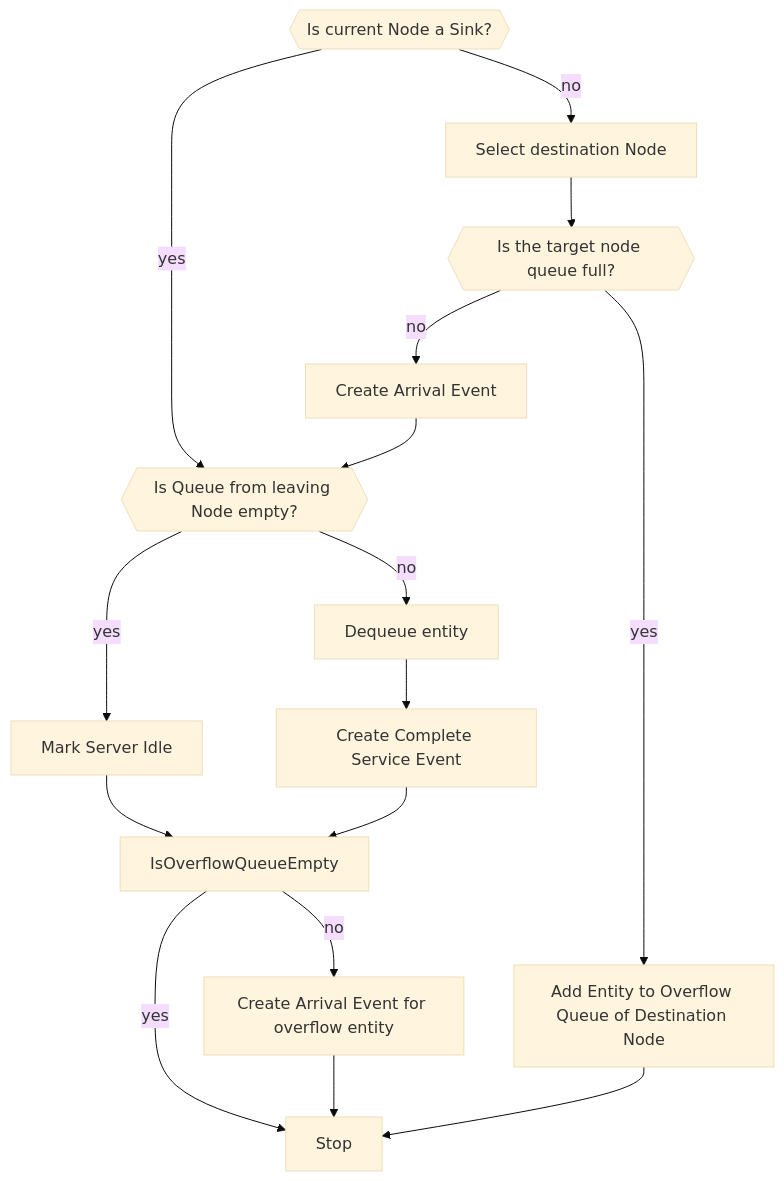
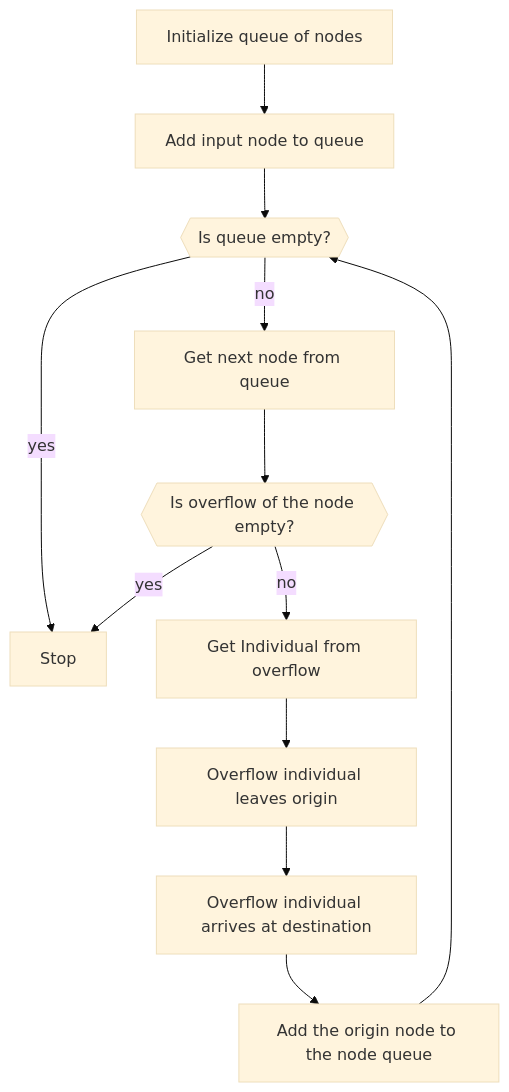
The eighth of 8 diagrams in README.md (jasdefer/QueueSharp), drawn with Mermaid (base theme) before and after one commit. The commit also changed other lines of this file and 1 other file, not shown here.

Commit message:
Improve algorithm flowcharts

````diff
--- a/README.md
+++ b/README.md
@@ -99,28 +161,20 @@
 ```mermaid
 flowchart TD
-    IsSink{{Is current Node a Sink?}}
-    SelectDestination[Select destination Node]
-    IsQueueFull{{Is the target node queue full?}}
-    AddToOverflowQueue[Add Entity to Overflow Queue of Destination Node]
-    CreateArrivalEvent[Create Arrival Event]
-    MarkServerIdle[Mark Server Idle]
-    IsQueueEmpty{{Is Queue from leaving Node empty?}}
-    DequeueEntity[Dequeue entity]
-    CreateCompleteServiceEvent[Create Complete Service Event]
-    CreateOverflowArrivalEvent[Create Arrival Event for overflow entity]
-    IsSink -- yes --> IsQueueEmpty
-    IsSink -- no --> SelectDestination
-    SelectDestination --> IsQueueFull
-    IsQueueFull -- no --> CreateArrivalEvent
-    CreateArrivalEvent --> IsQueueEmpty
-    IsQueueFull -- yes --> AddToOverflowQueue
-    AddToOverflowQueue --> Stop
-    IsQueueEmpty -- yes --> MarkServerIdle
-    MarkServerIdle --> IsOverflowQueueEmpty
-    IsQueueEmpty -- no --> DequeueEntity
-    DequeueEntity --> CreateCompleteServiceEvent
-    CreateCompleteServiceEvent --> IsOverflowQueueEmpty
-    IsOverflowQueueEmpty -- yes --> Stop
-    IsOverflowQueueEmpty -- no --> CreateOverflowArrivalEvent
-    CreateOverflowArrivalEvent --> Stop
+    Initialize[Initialize queue of nodes]
+    Add[Add input node to queue]
+    IsQueueEmpty{{Is queue empty?}}
+    OverflowEmpty{{Is overflow of the node empty?}}
+    GetIndividual[Get Individual from overflow]
+    GetNext[Get next node from queue]
+    IndividualLeavesOrigin[Overflow individual leaves origin]
+    IndividualArrivesAtDestination[Overflow individual arrives at destination]
+    AddOriginToQueue[Add the origin node to the node queue]
+    Initialize --> Add --> IsQueueEmpty
+    IsQueueEmpty -- yes --> Stop
+    IsQueueEmpty -- no --> GetNext
+    GetNext --> OverflowEmpty
+    OverflowEmpty -- yes --> Stop
+    OverflowEmpty -- no --> GetIndividual
+    GetIndividual --> IndividualLeavesOrigin --> IndividualArrivesAtDestination --> AddOriginToQueue 
+    AddOriginToQueue --> IsQueueEmpty
 ```
````
